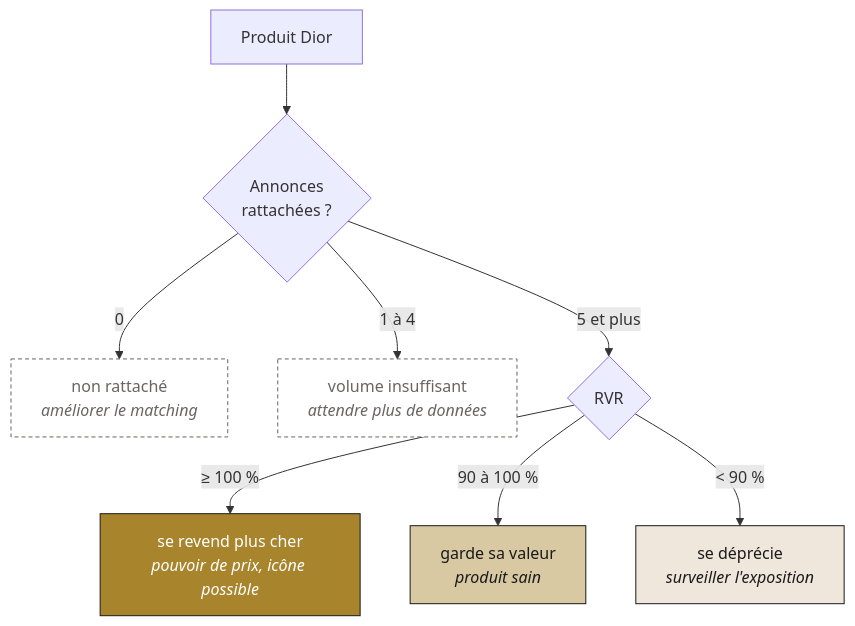
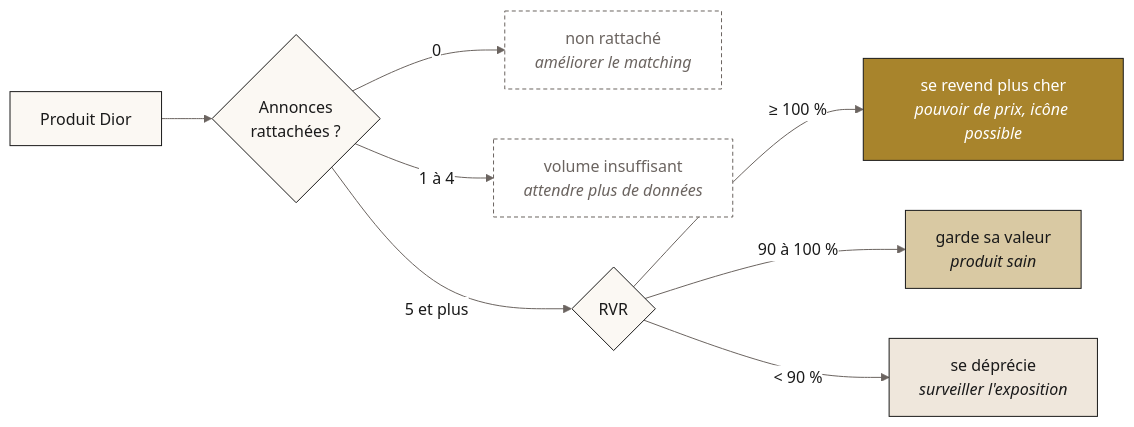
The second of 3 diagrams in README.md (MosesKing/dior-rvr-dbt), drawn with Mermaid before and after one commit. The commit also changed other lines of this file and 2 other files, not shown here.

Commit message:
README: clearer diagrams, consistent palette, count SQL in languages

````diff
--- a/README.md
+++ b/README.md
@@ -139,19 +134,20 @@
 ```mermaid
-flowchart TD
+%%{init: {'theme':'base','themeVariables':{'primaryColor':'#FBF8F3','primaryBorderColor':'#1A1A1A','primaryTextColor':'#1A1A1A','lineColor':'#6B6460','clusterBkg':'#F4EFE7','clusterBorder':'#D9D2C7','edgeLabelBackground':'#FFFFFF','fontFamily':'Helvetica, Arial, sans-serif'}}}%%
+flowchart LR
     A[Produit Dior] --> B{Annonces<br/>rattachées ?}
     B -- 0 --> C[non rattaché<br/><i>améliorer le matching</i>]
     B -- 1 à 4 --> D[volume insuffisant<br/><i>attendre plus de données</i>]
     B -- 5 et plus --> E{RVR}
     E -- "≥ 100 %" --> F[se revend plus cher<br/><i>pouvoir de prix, icône possible</i>]
     E -- "90 à 100 %" --> G[garde sa valeur<br/><i>produit sain</i>]
     E -- "< 90 %" --> H[se déprécie<br/><i>surveiller l'exposition</i>]
 
     classDef up fill:#A8842C,stroke:#1A1A1A,color:#FFFFFF
     classDef keep fill:#D9C9A3,stroke:#1A1A1A,color:#1A1A1A
     classDef down fill:#EFE7DC,stroke:#1A1A1A,color:#1A1A1A
     classDef wait fill:#FFFFFF,stroke:#6B6460,color:#6B6460,stroke-dasharray: 4 3
     class F up
     class G keep
     class H down
     class C,D wait
 ```
````
